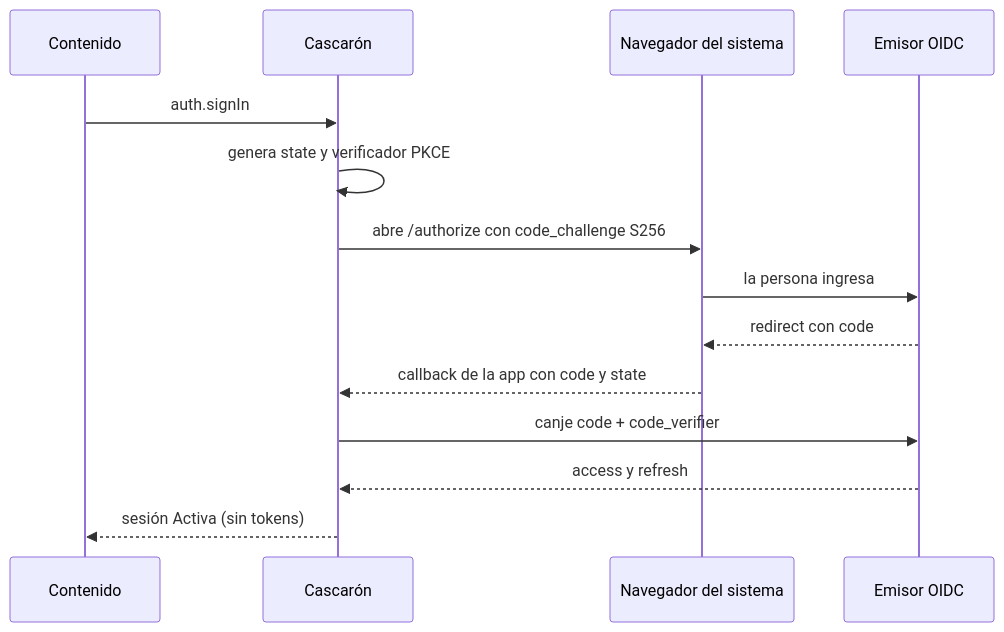
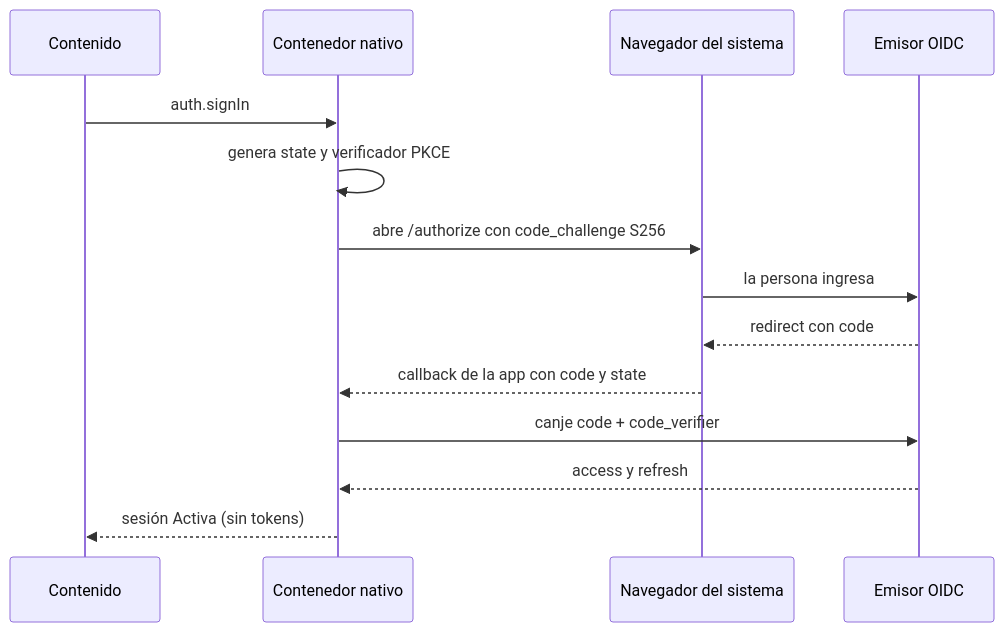
One commit to hdcm-dev/Lab-Documentos changed diagram 14 of 27 in Concepts/Framework-Concept/MAUI-Framework-Developer-Guide.md. Above: the diagram before and after it, drawn with Mermaid. The commit also changed other lines of this file and 10 other files, not shown here.

First line of the commit message:
Framework-Concept: «cascarón» → «contenedor nativo» (ADR-0001) y pauta Apple 4.7.2

````diff
--- a/Concepts/Framework-Concept/MAUI-Framework-Developer-Guide.md
+++ b/Concepts/Framework-Concept/MAUI-Framework-Developer-Guide.md
@@ -1388,16 +1388,16 @@
 ```mermaid
 sequenceDiagram
     participant C as Contenido
-    participant K as Cascarón
+    participant K as Contenedor nativo
     participant N as Navegador del sistema
     participant E as Emisor OIDC
     C->>K: auth.signIn
     K->>K: genera state y verificador PKCE
     K->>N: abre /authorize con code_challenge S256
     N->>E: la persona ingresa
     E-->>N: redirect con code
     N-->>K: callback de la app con code y state
     K->>E: canje code + code_verifier
     E-->>K: access y refresh
     K-->>C: sesión Activa (sin tokens)
 ```
````
